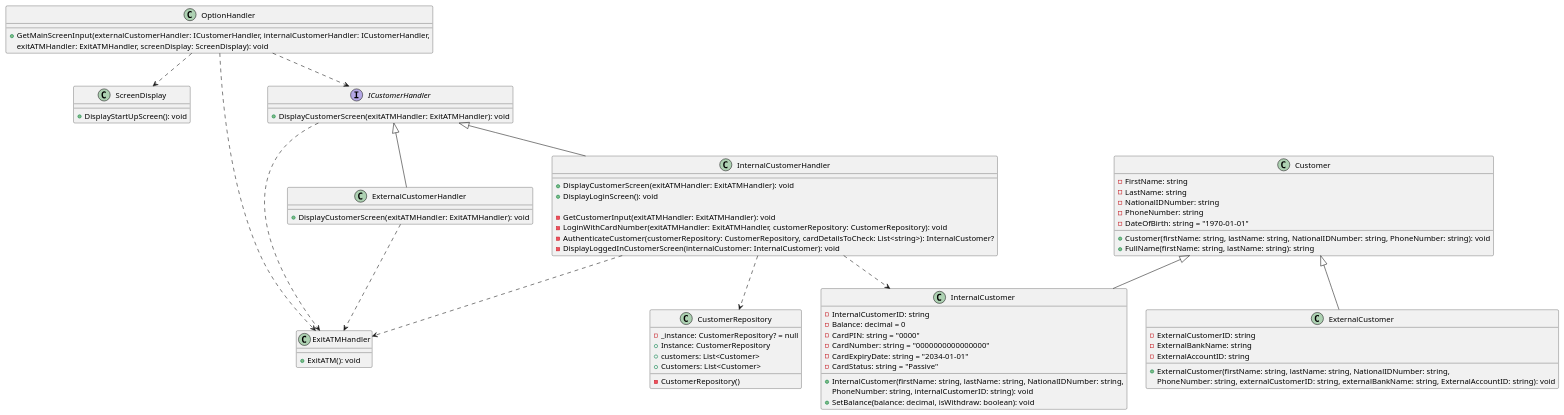
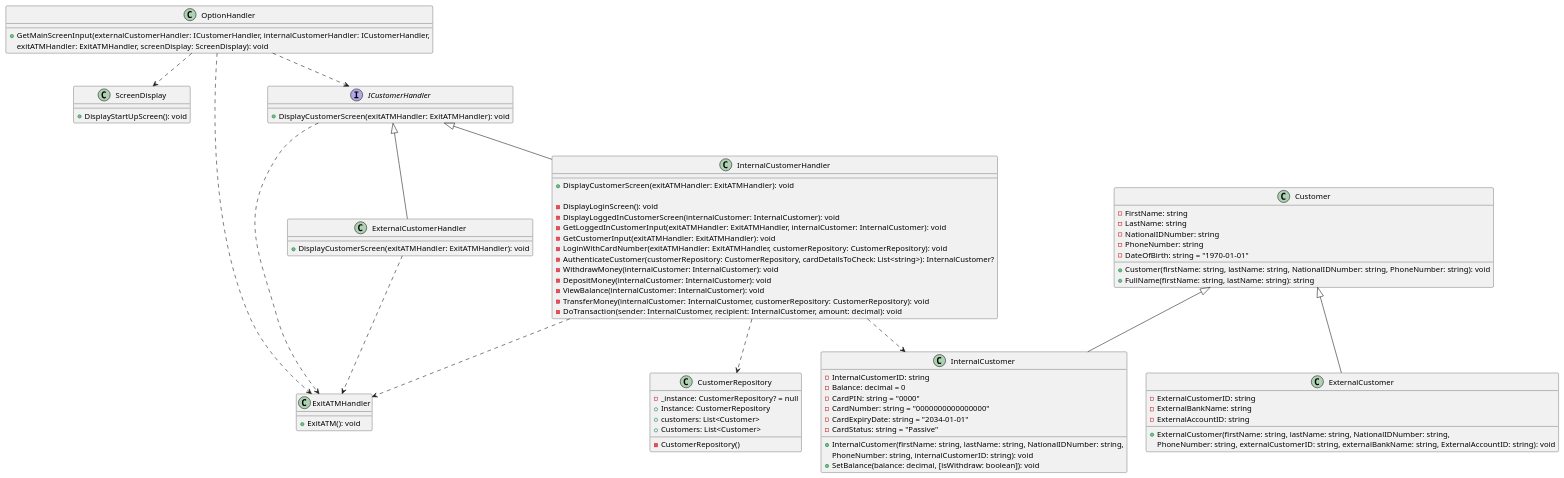
The diagram in .puml (KTrordu/atm-uygulamasi), drawn with PlantUML before and after one commit. The commit also changed 1 other file, not shown here.

Commit message:
updated the uml diagram

```diff
--- a/.puml
+++ b/.puml
@@ -1,93 +1,99 @@
 @startuml ATMUygulamasi
 
 class ScreenDisplay {
     +DisplayStartUpScreen(): void
 }
 
 class Customer {
     -FirstName: string
     -LastName: string
     -NationalIDNumber: string
     -PhoneNumber: string
     -DateOfBirth: string = "1970-01-01"
 
     +Customer(firstName: string, lastName: string, NationalIDNumber: string, PhoneNumber: string): void
     +FullName(firstName: string, lastName: string): string
 }
 
 class ExternalCustomer {
     -ExternalCustomerID: string
     -ExternalBankName: string
     -ExternalAccountID: string
 
     +ExternalCustomer(firstName: string, lastName: string, NationalIDNumber: string,
     PhoneNumber: string, externalCustomerID: string, externalBankName: string, ExternalAccountID: string): void
 }
 
 class InternalCustomer {
     -InternalCustomerID: string
     -Balance: decimal = 0
     -CardPIN: string = "0000"
     -CardNumber: string = "0000000000000000"
     -CardExpiryDate: string = "2034-01-01"
     -CardStatus: string = "Passive"
 
     +InternalCustomer(firstName: string, lastName: string, NationalIDNumber: string,
     PhoneNumber: string, internalCustomerID: string): void
-    +SetBalance(balance: decimal, isWithdraw: boolean): void
+    +SetBalance(balance: decimal, [isWithdraw: boolean]): void
 }
 
 class OptionHandler {
     +GetMainScreenInput(externalCustomerHandler: ICustomerHandler, internalCustomerHandler: ICustomerHandler,
     exitATMHandler: ExitATMHandler, screenDisplay: ScreenDisplay): void
 }
 
 interface ICustomerHandler {
     +DisplayCustomerScreen(exitATMHandler: ExitATMHandler): void
 }
 
 class ExternalCustomerHandler {
     +DisplayCustomerScreen(exitATMHandler: ExitATMHandler): void
 }
 
 class InternalCustomerHandler {
     +DisplayCustomerScreen(exitATMHandler: ExitATMHandler): void
-    +DisplayLoginScreen(): void
 
+    -DisplayLoginScreen(): void
+    -DisplayLoggedInCustomerScreen(internalCustomer: InternalCustomer): void
+    -GetLoggedInCustomerInput(exitATMHandler: ExitATMHandler, internalCustomer: InternalCustomer): void
     -GetCustomerInput(exitATMHandler: ExitATMHandler): void
     -LoginWithCardNumber(exitATMHandler: ExitATMHandler, customerRepository: CustomerRepository): void
     -AuthenticateCustomer(customerRepository: CustomerRepository, cardDetailsToCheck: List<string>): InternalCustomer?
-    -DisplayLoggedInCustomerScreen(internalCustomer: InternalCustomer): void
+    -WithdrawMoney(internalCustomer: InternalCustomer): void
+    -DepositMoney(internalCustomer: InternalCustomer): void
+    -ViewBalance(internalCustomer: InternalCustomer): void
+    -TransferMoney(internalCustomer: InternalCustomer, customerRepository: CustomerRepository): void
+    -DoTransaction(sender: InternalCustomer, recipient: InternalCustomer, amount: decimal): void
 }
 
 class CustomerRepository {
     - _instance: CustomerRepository? = null
     + Instance: CustomerRepository
     + customers: List<Customer>
     + Customers: List<Customer>
 
     - CustomerRepository()
 }
 
 class ExitATMHandler {
     +ExitATM(): void
 }
 
 Customer <|-- ExternalCustomer
 Customer <|-- InternalCustomer
 
 ICustomerHandler <|-- ExternalCustomerHandler
 ICustomerHandler <|-- InternalCustomerHandler
 
 OptionHandler ..> ICustomerHandler
 OptionHandler ..> ScreenDisplay
 
 ICustomerHandler ..> ExitATMHandler
 ExternalCustomerHandler ..> ExitATMHandler
 InternalCustomerHandler ..> ExitATMHandler
 OptionHandler ..> ExitATMHandler
 
 InternalCustomerHandler ..> CustomerRepository
 InternalCustomerHandler ..> InternalCustomer
 
 @enduml
```
